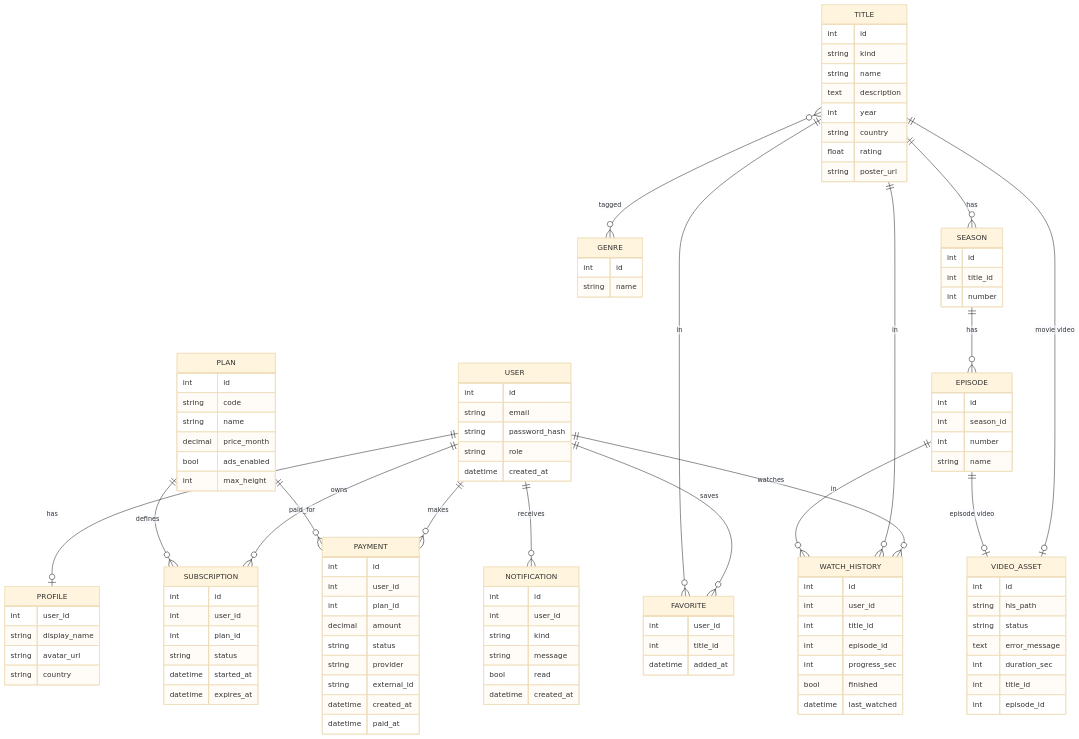
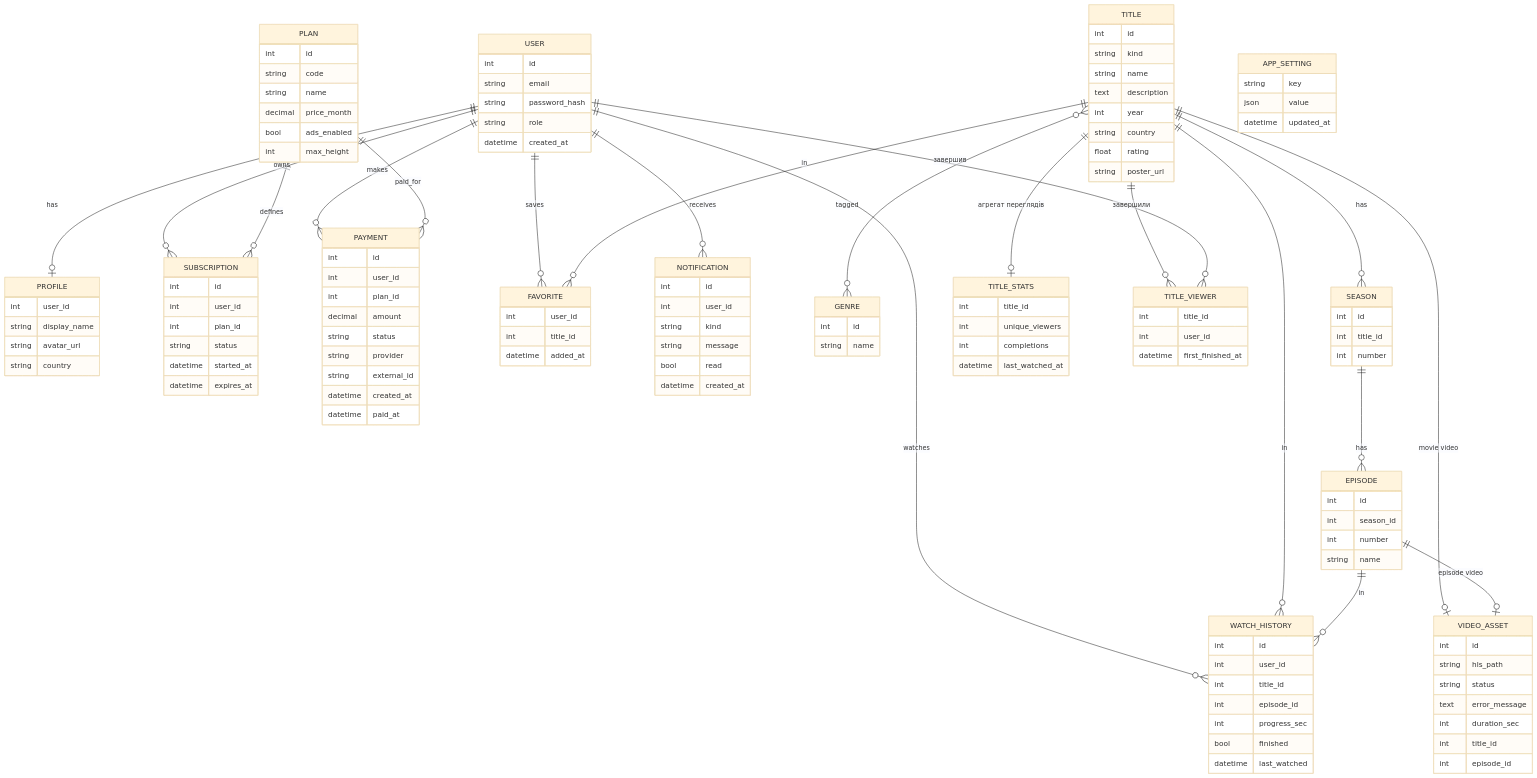
The second of 13 diagrams in docs/ARCHITECTURE.md (MatskoDanylo/Software-doc-design-coursework), drawn with Mermaid (base theme) before and after one commit. The commit also changed other lines of this file, not shown here.

Commit message:
docs: describe strategy, template method, stats observer and admin settings

````diff
--- a/docs/ARCHITECTURE.md
+++ b/docs/ARCHITECTURE.md
@@ -33,33 +34,39 @@
 ```mermaid
 erDiagram
     USER ||--o| PROFILE : has
     USER ||--o{ SUBSCRIPTION : owns
     USER ||--o{ PAYMENT : makes
     USER ||--o{ FAVORITE : saves
     USER ||--o{ WATCH_HISTORY : watches
     USER ||--o{ NOTIFICATION : receives
     PLAN ||--o{ SUBSCRIPTION : defines
     PLAN ||--o{ PAYMENT : paid_for
     TITLE ||--o{ FAVORITE : in
     TITLE }o--o{ GENRE : tagged
     TITLE ||--o{ SEASON : has
     SEASON ||--o{ EPISODE : has
     TITLE ||--o| VIDEO_ASSET : "movie video"
     EPISODE ||--o| VIDEO_ASSET : "episode video"
     TITLE ||--o{ WATCH_HISTORY : in
     EPISODE ||--o{ WATCH_HISTORY : in
+    TITLE ||--o| TITLE_STATS : "агрегат переглядів"
+    TITLE ||--o{ TITLE_VIEWER : "завершили"
+    USER ||--o{ TITLE_VIEWER : "завершив"
 
     USER { int id string email string password_hash string role datetime created_at }
     PROFILE { int user_id string display_name string avatar_url string country }
     PLAN { int id string code string name decimal price_month bool ads_enabled int max_height }
     SUBSCRIPTION { int id int user_id int plan_id string status datetime started_at datetime expires_at }
     PAYMENT { int id int user_id int plan_id decimal amount string status string provider string external_id datetime created_at datetime paid_at }
     NOTIFICATION { int id int user_id string kind string message bool read datetime created_at }
     TITLE { int id string kind string name text description int year string country float rating string poster_url }
     GENRE { int id string name }
     SEASON { int id int title_id int number }
     EPISODE { int id int season_id int number string name }
     VIDEO_ASSET { int id string hls_path string status text error_message int duration_sec int title_id int episode_id }
     FAVORITE { int user_id int title_id datetime added_at }
     WATCH_HISTORY { int id int user_id int title_id int episode_id int progress_sec bool finished datetime last_watched }
+    TITLE_STATS { int title_id int unique_viewers int completions datetime last_watched_at }
+    TITLE_VIEWER { int title_id int user_id datetime first_finished_at }
+    APP_SETTING { string key json value datetime updated_at }
 ```
````
